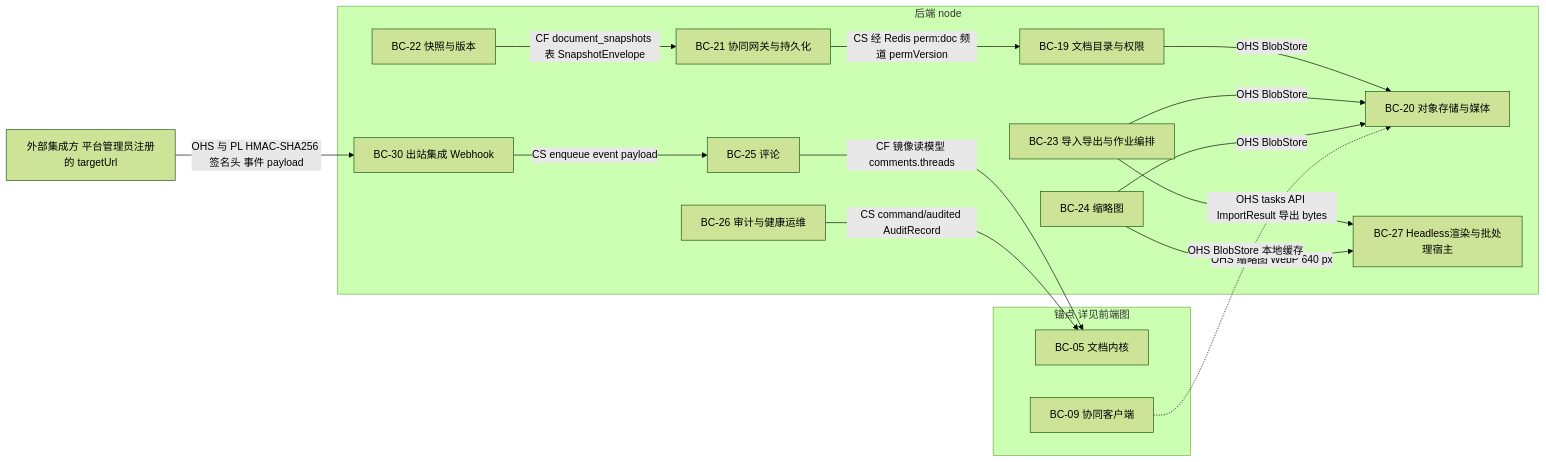
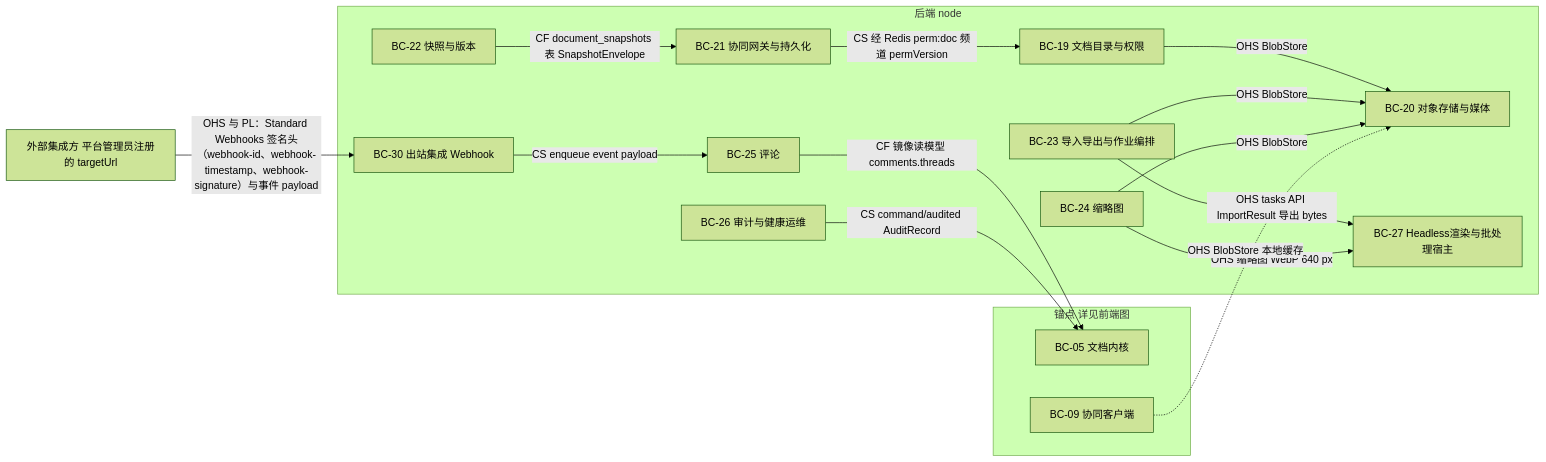
The fifth of 12 diagrams in docs/40-modules/00-module-map.md (Xeonice/cordis-ppt-editor), drawn with Mermaid (forest theme) before and after one commit. The commit also changed other lines of this file and 78 other files, not shown here.

````diff
--- a/docs/40-modules/00-module-map.md
+++ b/docs/40-modules/00-module-map.md
@@ -888,32 +888,32 @@
 ```mermaid
 flowchart LR
 subgraph be["后端 node"]
 bc19["BC-19 文档目录与权限"]
 bc20["BC-20 对象存储与媒体"]
 bc21["BC-21 协同网关与持久化"]
 bc22["BC-22 快照与版本"]
 bc23["BC-23 导入导出与作业编排"]
 bc24["BC-24 缩略图"]
 bc25["BC-25 评论"]
 bc26["BC-26 审计与健康运维"]
 bc27["BC-27 Headless渲染与批处理宿主"]
 bc30["BC-30 出站集成 Webhook"]
 end
 subgraph anchors["锚点 详见前端图"]
 bc05["BC-05 文档内核"]
 bc09["BC-09 协同客户端"]
 end
 ext["外部集成方 平台管理员注册的 targetUrl"]
 bc21 -- "CS 经 Redis perm:doc 频道 permVersion" --> bc19
 bc22 -- "CF document_snapshots 表 SnapshotEnvelope" --> bc21
 bc23 -- "OHS tasks API ImportResult 导出 bytes" --> bc27
 bc24 -- "OHS 缩略图 WebP 640 px" --> bc27
 bc25 -- "CF 镜像读模型 comments.threads" --> bc05
 bc26 -- "CS command/audited AuditRecord" --> bc05
 bc19 -- "OHS BlobStore" --> bc20
 bc23 -- "OHS BlobStore" --> bc20
 bc24 -- "OHS BlobStore" --> bc20
 bc09 -. "OHS BlobStore 本地缓存" .-> bc20
 bc30 -- "CS enqueue event payload" --> bc25
-ext -- "OHS 与 PL HMAC-SHA256 签名头 事件 payload" --> bc30
+ext -- "OHS 与 PL：Standard Webhooks 签名头（webhook-id、webhook-timestamp、webhook-signature）与事件 payload" --> bc30
 ```
````
